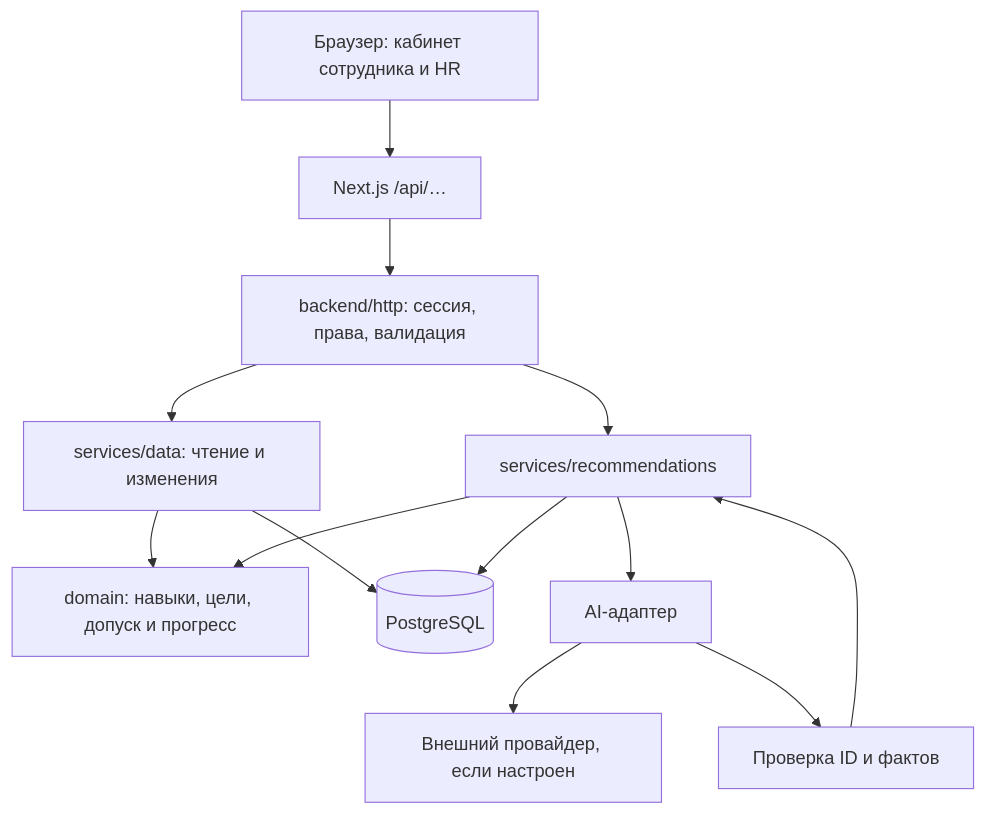
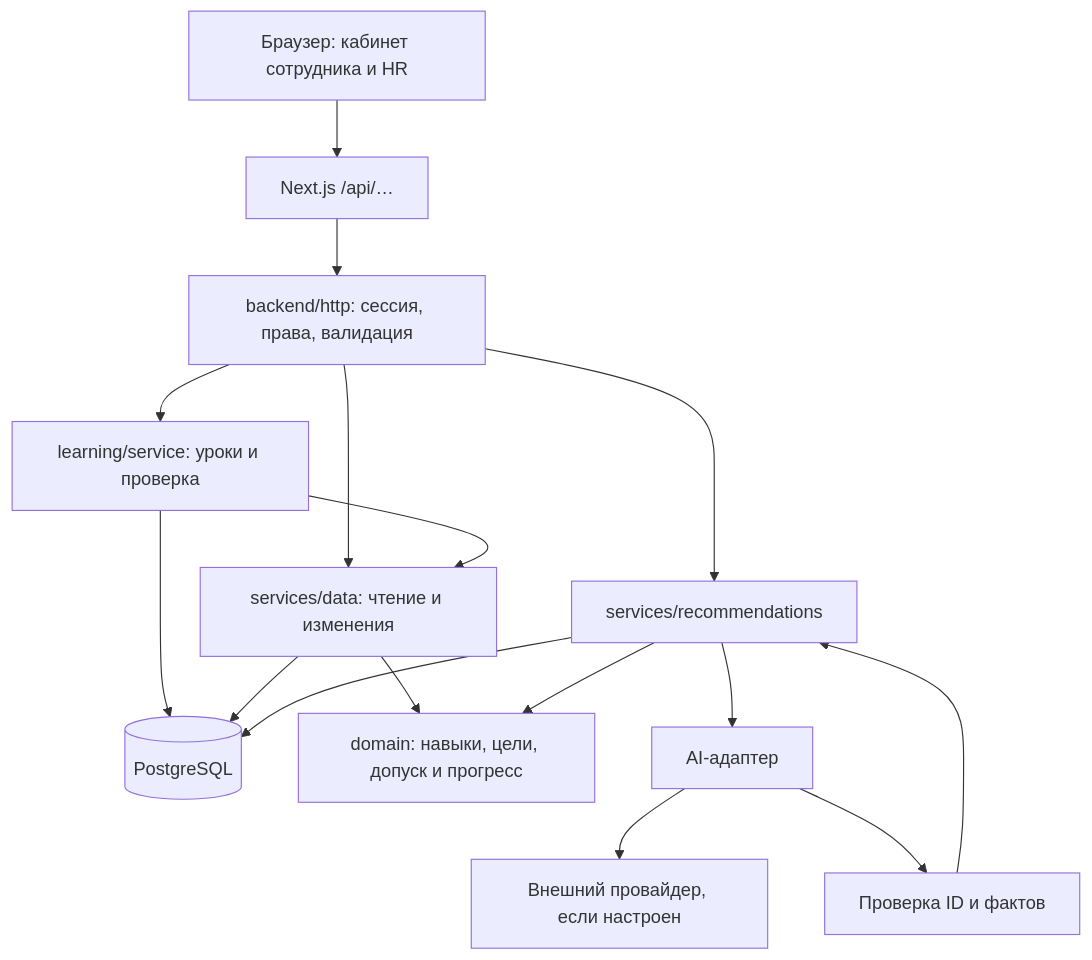
Before and after one commit to BAITC-Hacks/hack-5abba766-orbit-jr: the diagram in docs/ARCHITECTURE.md, drawn with Mermaid. The commit also changed other lines of this file and 6 other files, not shown here.

````diff
--- a/docs/ARCHITECTURE.md
+++ b/docs/ARCHITECTURE.md
@@ -32,15 +34,18 @@
 ```mermaid
 flowchart TD
     UI[Браузер: кабинет сотрудника и HR] --> NEXT[Next.js /api/…]
     NEXT --> HTTP[backend/http: сессия, права, валидация]
     HTTP --> DATA[services/data: чтение и изменения]
     HTTP --> REC[services/recommendations]
+    HTTP --> LEARN[learning/service: уроки и проверка]
+    LEARN --> DATA
+    LEARN --> DB
     DATA --> DOMAIN[domain: навыки, цели, допуск и прогресс]
     REC --> DOMAIN
     DATA --> DB[(PostgreSQL)]
     REC --> DB
     REC --> AI[AI-адаптер]
     AI --> PROVIDER[Внешний провайдер, если настроен]
     AI --> CHECK[Проверка ID и фактов]
     CHECK --> REC
 ```
````
